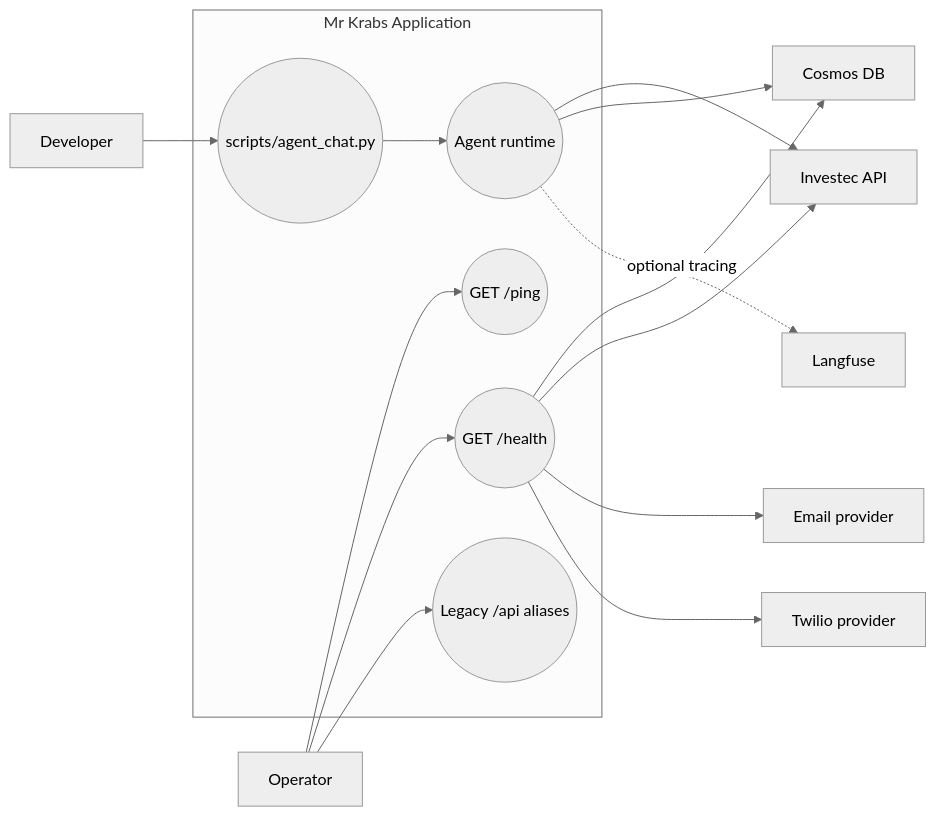
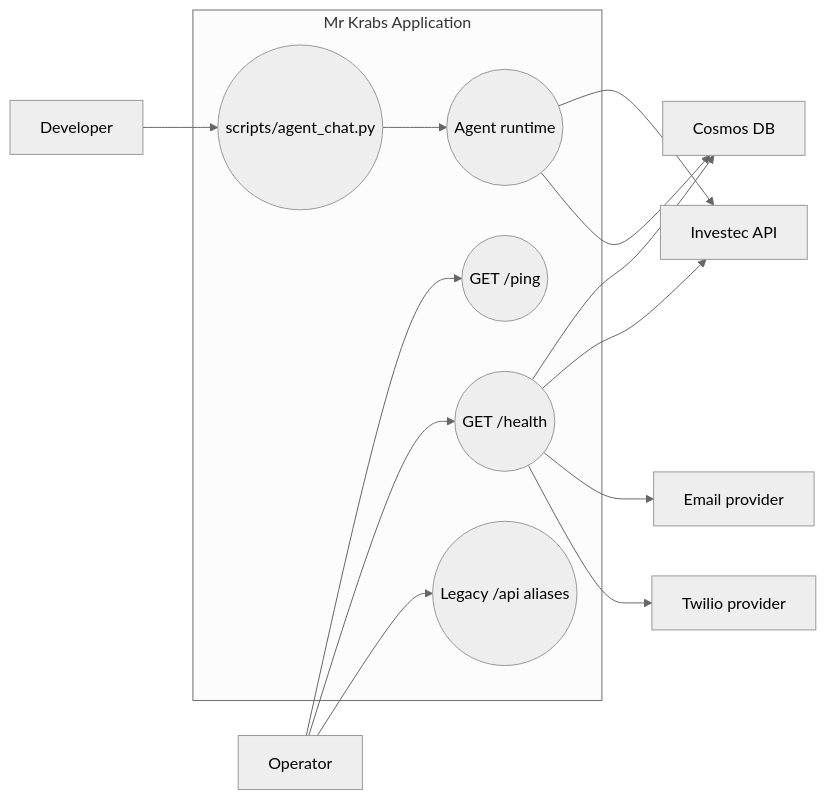
One commit to tjabane/tjabane.agent.julius changed the fifth of 6 diagrams in docs/use-case-diagrams.md. Above: the diagram before and after it, drawn with Mermaid (neutral theme). The commit also changed other lines of this file and 16 other files, not shown here.

````diff
--- a/docs/use-case-diagrams.md
+++ b/docs/use-case-diagrams.md
@@ -181,33 +179,31 @@
 ```mermaid
 flowchart LR
     operator[Operator]
     developer[Developer]
 
     subgraph app[Mr Krabs Application]
         ping((GET /ping))
         health((GET /health))
         apiAliases((Legacy /api aliases))
         cli((scripts/agent_chat.py))
         agent((Agent runtime))
     end
 
     cosmos[Cosmos DB]
     investec[Investec API]
     email[Email provider]
     twilio[Twilio provider]
-    langfuse[Langfuse]
 
     operator --> ping
     operator --> health
     operator --> apiAliases
     health --> cosmos
     health --> investec
     health --> email
     health --> twilio
 
     developer --> cli
     cli --> agent
     agent --> investec
     agent --> cosmos
-    agent -. optional tracing .-> langfuse
 ```
````
